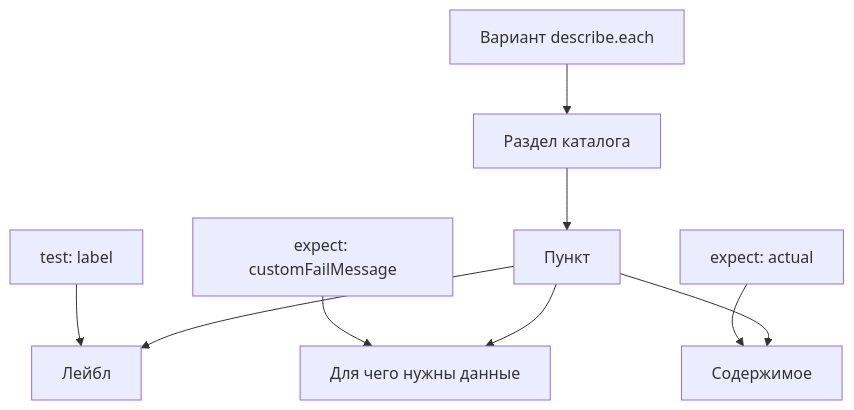
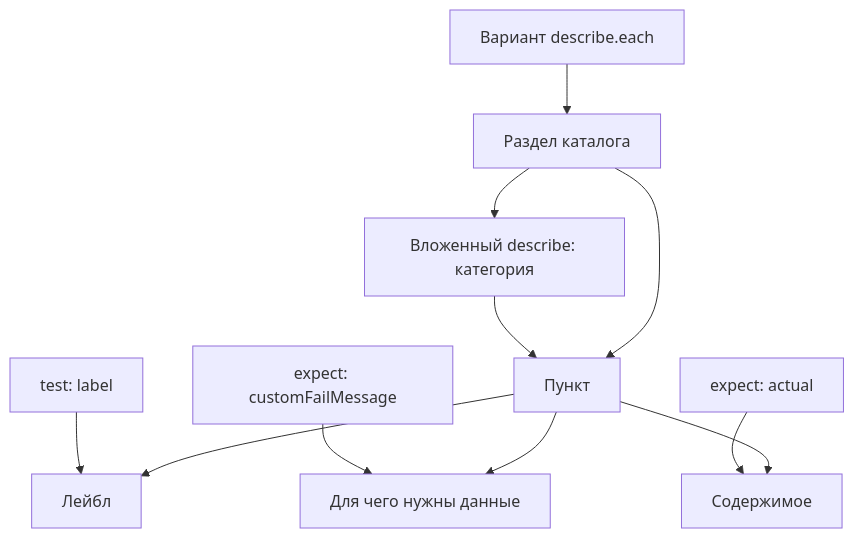
Before and after one commit to zavx0z/storybook: the diagram in archetypes/specs/scenarios/notes/presentation.md, drawn with Mermaid. The commit also changed other lines of this file and 1 other file, not shown here.

````diff
--- a/archetypes/specs/scenarios/notes/presentation.md
+++ b/archetypes/specs/scenarios/notes/presentation.md
@@ -21,11 +22,13 @@
 ```mermaid
 flowchart TD
   variant["Вариант describe.each"] --> catalog["Раздел каталога"]
-  catalog --> item["Пункт"]
+  catalog --> category["Вложенный describe: категория"]
+  category --> item["Пункт"]
+  catalog --> item
   test["test: label"] --> label["Лейбл"]
   message["expect: customFailMessage"] --> description["Для чего нужны данные"]
   value["expect: actual"] --> content["Содержимое"]
   item --> label
   item --> description
   item --> content
 ```
````
